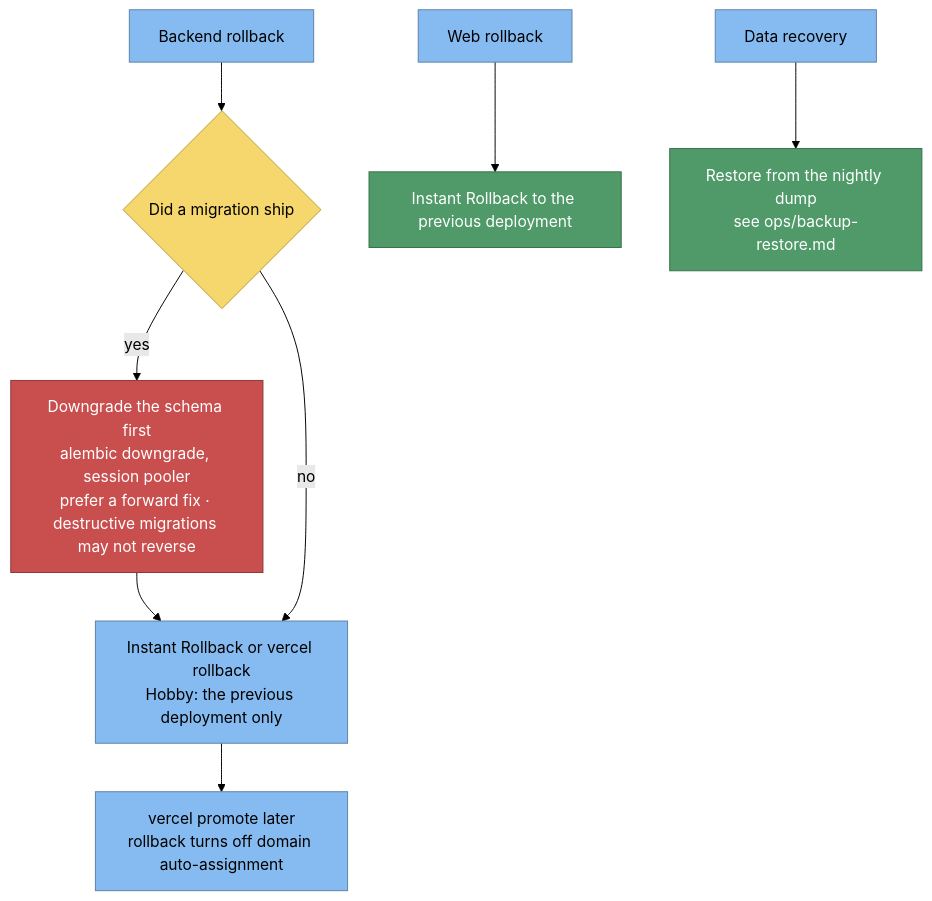
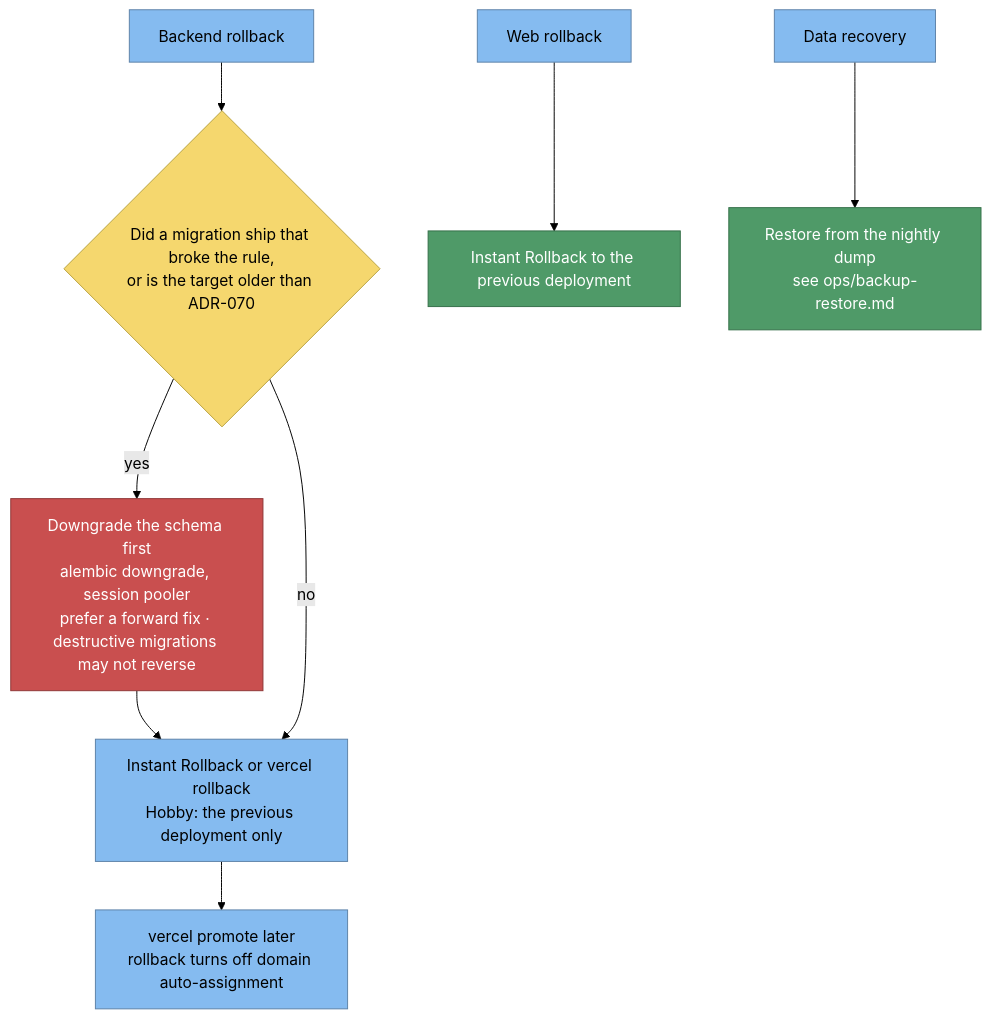
One commit to namphuongtran/familyroots changed the third of 3 diagrams in docs/sad/07-deployment-view.md. Above: the diagram before and after it, drawn with Mermaid (forest theme). The commit also changed other lines of this file and 15 other files, not shown here.

````diff
--- a/docs/sad/07-deployment-view.md
+++ b/docs/sad/07-deployment-view.md
@@ -152,25 +152,25 @@
 ```mermaid
 graph TB
   b[Backend rollback]:::comp
-  bd{Did a migration ship}:::dec
+  bd{Did a migration ship that broke the rule,<br/>or is the target older than ADR-070}:::dec
   b3[Downgrade the schema first<br/>alembic downgrade, session pooler<br/>prefer a forward fix · destructive migrations may not reverse]:::bad
   b1[Instant Rollback or vercel rollback<br/>Hobby: the previous deployment only]:::comp
   bp[vercel promote later<br/>rollback turns off domain auto-assignment]:::comp
   w[Web rollback]:::comp
   w1[Instant Rollback to the previous deployment]:::good
   d[Data recovery]:::comp
   d1[Restore from the nightly dump<br/>see ops/backup-restore.md]:::good
 
   b --> bd
   bd -->|yes| b3
   b3 --> b1
   bd -->|no| b1
   b1 --> bp
   w --> w1
   d --> d1
 
   classDef comp fill:#85bbf0,stroke:#5d82a8,color:#000000
   classDef dec fill:#f5d76e,stroke:#b8a13c,color:#000000
   classDef good fill:#4f9a68,stroke:#357049,color:#ffffff
   classDef bad fill:#c94f4f,stroke:#8f3636,color:#ffffff
 ```
````
